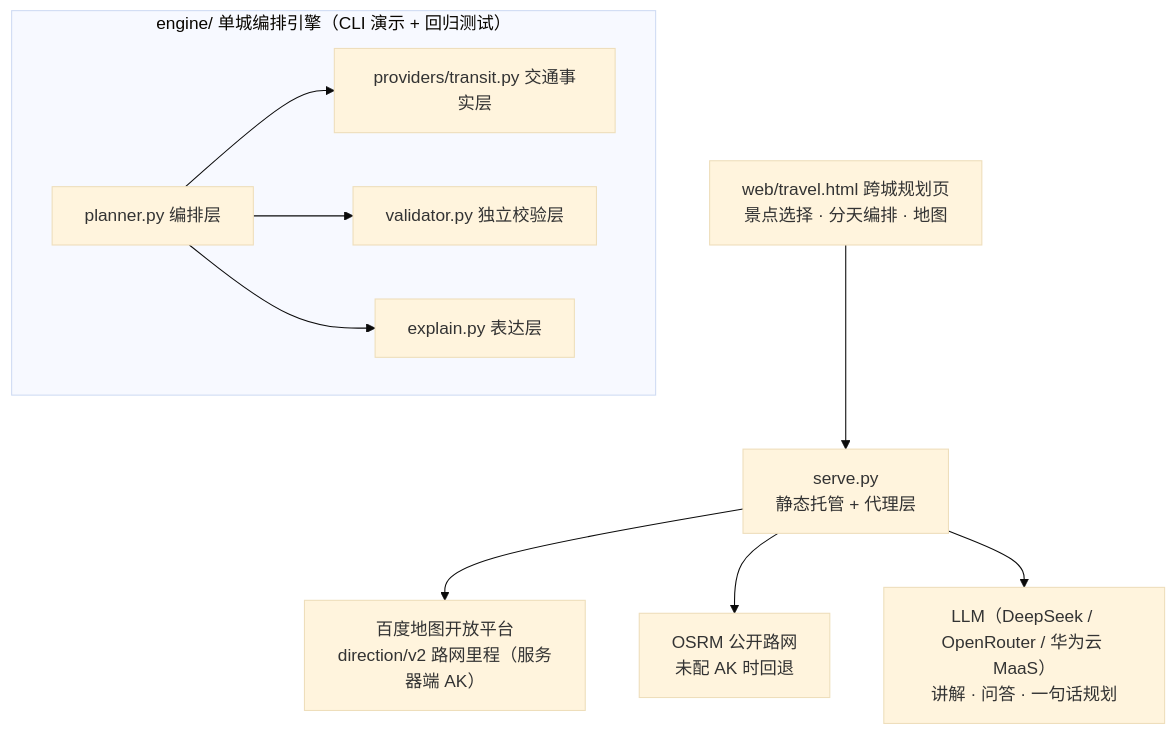
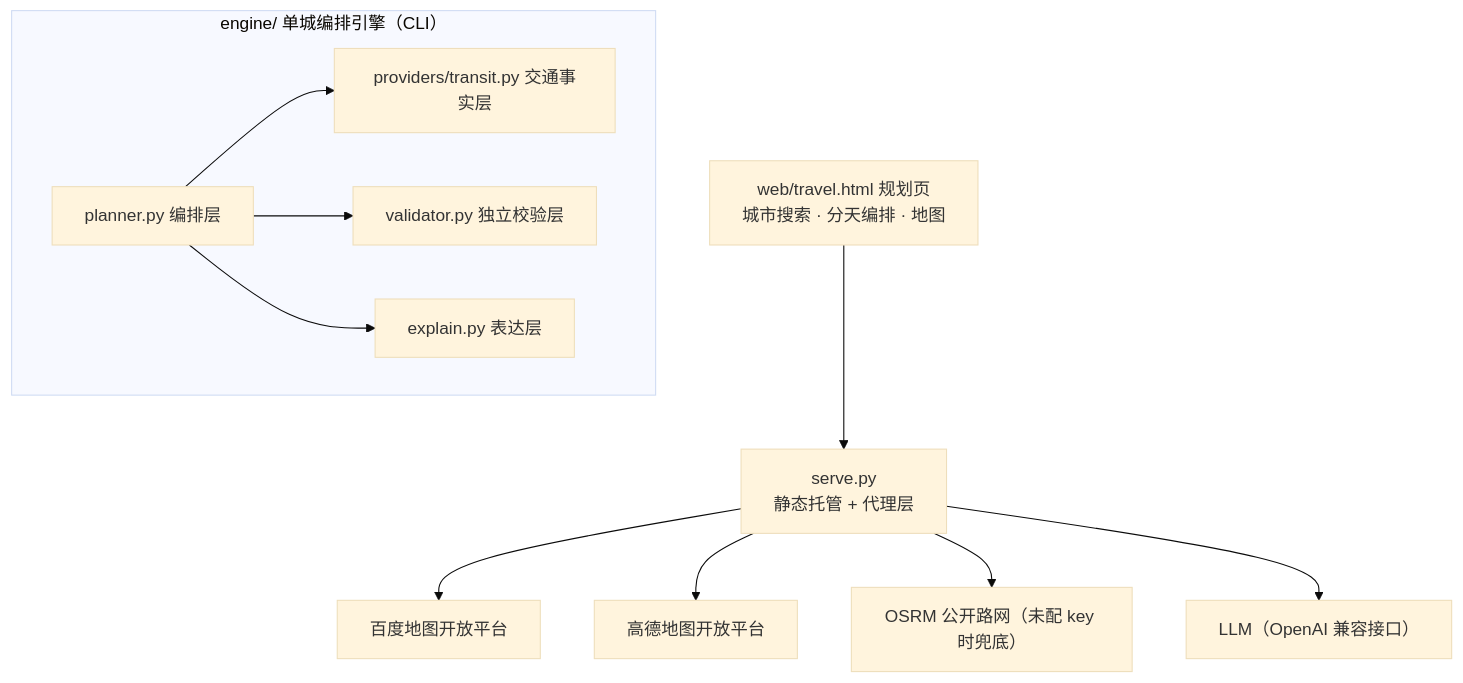
Before and after one commit to Rylin512/ict-itinerary-engine: the diagram in README.md, drawn with Mermaid (base theme). The commit also changed other lines of this file and 14 other files, not shown here.

Commit message:
feat: 城市搜索、双地图供应商与高级分流；移除竞赛标识并重做 README

````diff
--- a/README.md
+++ b/README.md
@@ -53,12 +72,13 @@
 ```mermaid
 flowchart TD
-    W["web/travel.html 跨城规划页<br/>景点选择 · 分天编排 · 地图"] --> S["serve.py<br/>静态托管 + 代理层"]
-    S --> B["百度地图开放平台<br/>direction/v2 路网里程（服务器端 AK）"]
-    S --> O["OSRM 公开路网<br/>未配 AK 时回退"]
-    S --> L["LLM（DeepSeek / OpenRouter / 华为云 MaaS）<br/>讲解 · 问答 · 一句话规划"]
-    subgraph engine["engine/ 单城编排引擎（CLI 演示 + 回归测试）"]
+    W["web/travel.html 规划页<br/>城市搜索 · 分天编排 · 地图"] --> S["serve.py<br/>静态托管 + 代理层"]
+    S --> B["百度地图开放平台"]
+    S --> A["高德地图开放平台"]
+    S --> O["OSRM 公开路网（未配 key 时兜底）"]
+    S --> L["LLM（OpenAI 兼容接口）"]
+    subgraph engine["engine/ 单城编排引擎（CLI）"]
         P["planner.py 编排层"] --> T["providers/transit.py 交通事实层"]
         P --> V["validator.py 独立校验层"]
         P --> E["explain.py 表达层"]
     end
 ```
````
